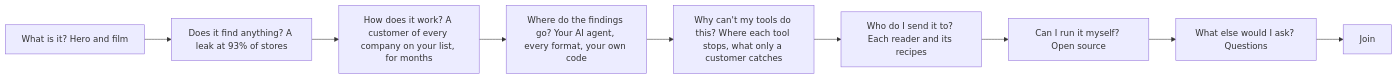
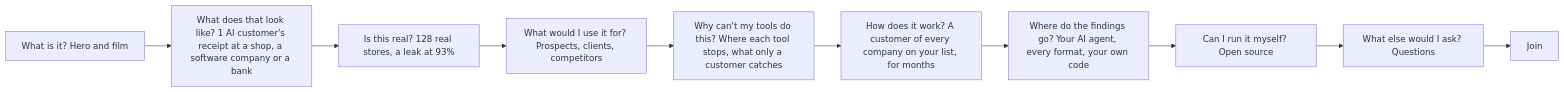
One commit to UseObsession/homepage changed the second of 2 diagrams in COPY.md. Above: the diagram before and after it, drawn with Mermaid. The commit also changed other lines of this file and 11 other files, not shown here.

First line of the commit message:
Home in Seun's order: what it looks like, is it real, what you'd use it for

````diff
--- a/COPY.md
+++ b/COPY.md
@@ -163,10 +163,11 @@
 ```mermaid
 flowchart LR
-  a["What is it? Hero and film"] --> b["Does it find anything? A leak at 93% of stores"]
-  b --> c["How does it work? A customer of every company on your list, for months"]
+  a["What is it? Hero and film"] --> l["What does that look like? 1 AI customer's receipt at a shop, a software company or a bank"]
+  l --> b["Is this real? 128 real stores, a leak at 93%"]
+  b --> e["What would I use it for? Prospects, clients, competitors"]
+  e --> d["Why can't my tools do this? Where each tool stops, what only a customer catches"]
+  d --> c["How does it work? A customer of every company on your list, for months"]
   c --> c2["Where do the findings go? Your AI agent, every format, your own code"]
-  c2 --> d["Why can't my tools do this? Where each tool stops, what only a customer catches"]
-  d --> e["Who do I send it to? Each reader and its recipes"]
-  e --> o["Can I run it myself? Open source"]
+  c2 --> o["Can I run it myself? Open source"]
   o --> j["What else would I ask? Questions"] --> k["Join"]
 ```
````
